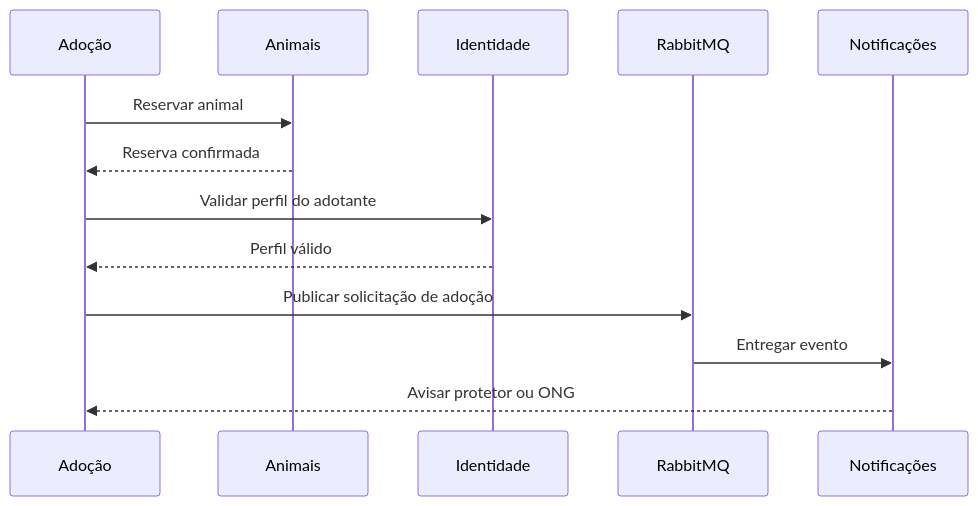
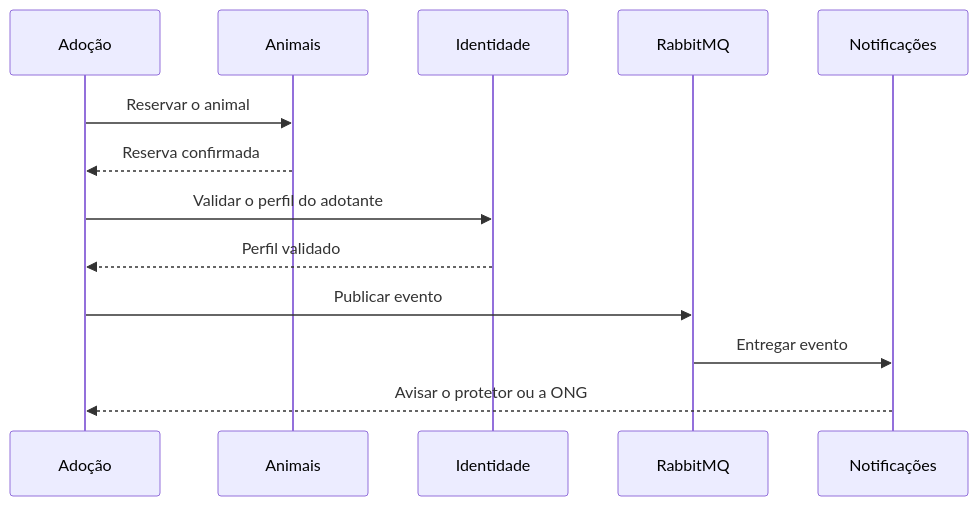
The second of 2 diagrams in docs/arquitetura.md (gxbreus/ampara), drawn with Mermaid before and after one commit. The commit also changed other lines of this file and 2 other files, not shown here.

````diff
--- a/docs/arquitetura.md
+++ b/docs/arquitetura.md
@@ -58,16 +47,16 @@
 ```mermaid
 sequenceDiagram
     participant A as Adoção
     participant AN as Animais
     participant I as Identidade
     participant R as RabbitMQ
     participant N as Notificações
 
-    A->>AN: Reservar animal
+    A->>AN: Reservar o animal
     AN-->>A: Reserva confirmada
-    A->>I: Validar perfil do adotante
-    I-->>A: Perfil válido
-    A->>R: Publicar solicitação de adoção
+    A->>I: Validar o perfil do adotante
+    I-->>A: Perfil validado
+    A->>R: Publicar evento
     R->>N: Entregar evento
-    N-->>A: Avisar protetor ou ONG
+    N-->>A: Avisar o protetor ou a ONG
 ```
````
